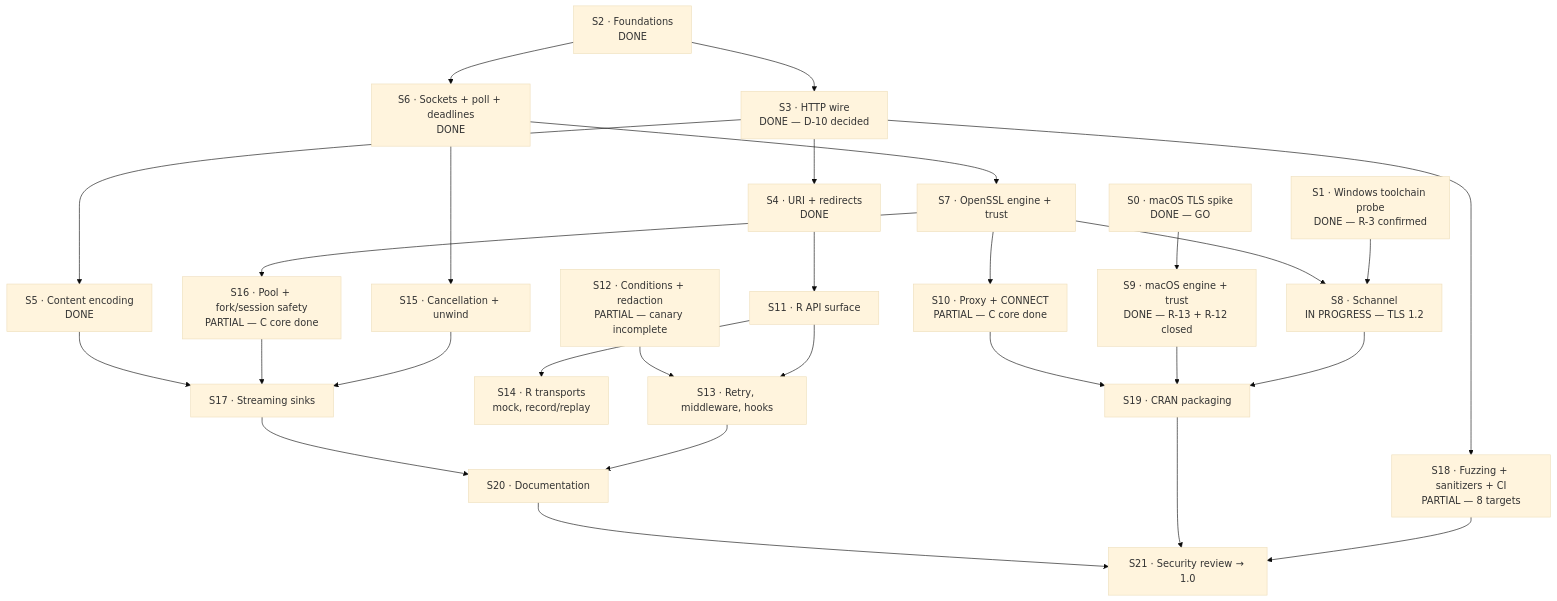
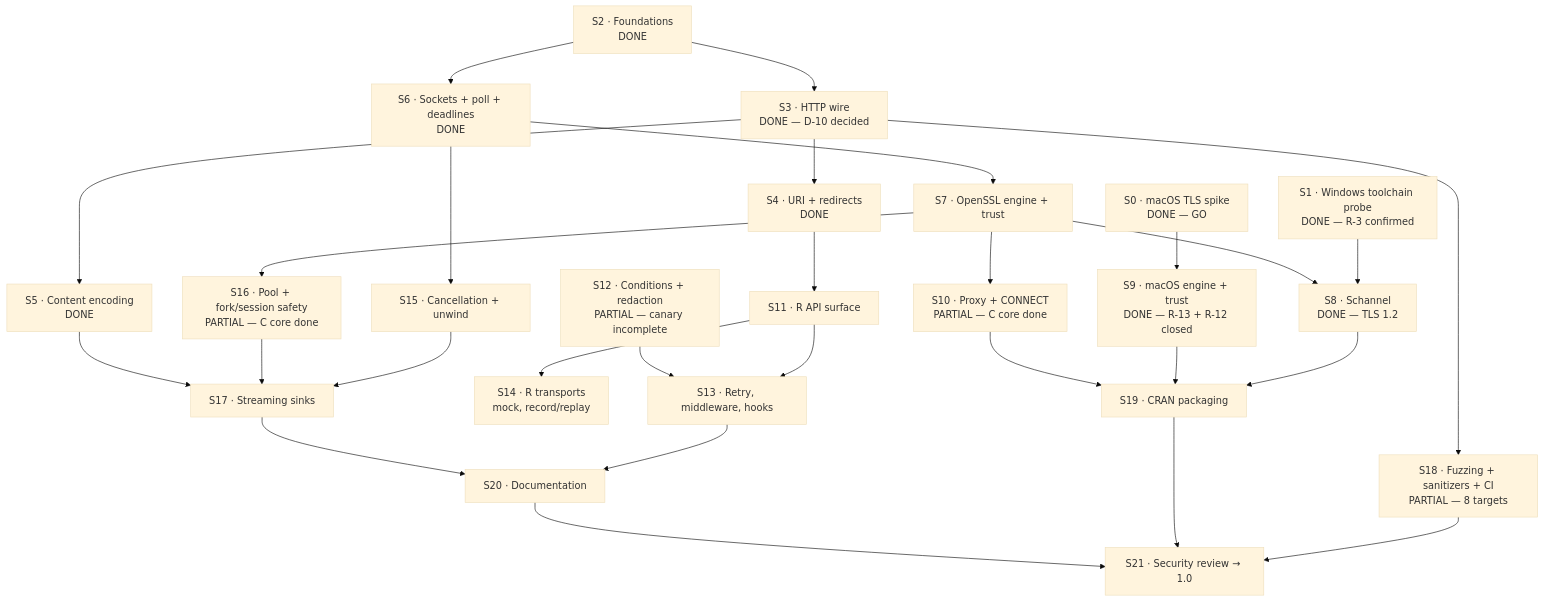
Before and after one commit to pedrobtz/zuhttp: the diagram in roadmap.md, drawn with Mermaid (base theme). The commit also changed other lines of this file and 2 other files, not shown here.

First line of the commit message:
docs: S8 complete — Windows HTTPS on Schannel, TLS 1.2

````diff
--- a/roadmap.md
+++ b/roadmap.md
@@ -28,58 +28,58 @@
 ```mermaid
 graph TD
     S0["S0 · macOS TLS spike<br/>DONE — GO"]
     S1["S1 · Windows toolchain probe<br/>DONE — R-3 confirmed"]
 
     S2["S2 · Foundations<br/>DONE"]
     S3["S3 · HTTP wire<br/>DONE — D-10 decided"]
     S4["S4 · URI + redirects<br/>DONE"]
     S5["S5 · Content encoding<br/>DONE"]
 
     S6["S6 · Sockets + poll + deadlines<br/>DONE"]
     S7["S7 · OpenSSL engine + trust"]
-    S8["S8 · Schannel<br/>IN PROGRESS — TLS 1.2"]
+    S8["S8 · Schannel<br/>DONE — TLS 1.2"]
     S9["S9 · macOS engine + trust<br/>DONE — R-13 + R-12 closed"]
     S10["S10 · Proxy + CONNECT<br/>PARTIAL — C core done"]
 
     S11["S11 · R API surface"]
     S12["S12 · Conditions + redaction<br/>PARTIAL — canary incomplete"]
     S13["S13 · Retry, middleware, hooks"]
     S14["S14 · R transports<br/>mock, record/replay"]
 
     S15["S15 · Cancellation + unwind"]
     S16["S16 · Pool + fork/session safety<br/>PARTIAL — C core done"]
     S17["S17 · Streaming sinks"]
 
     S18["S18 · Fuzzing + sanitizers + CI<br/>PARTIAL — 8 targets"]
     S19["S19 · CRAN packaging"]
     S20["S20 · Documentation"]
     S21["S21 · Security review → 1.0"]
 
     S0 --> S9
     S1 --> S8
     S2 --> S3
     S2 --> S6
     S3 --> S4
     S3 --> S5
     S3 --> S18
     S6 --> S7
     S6 --> S15
     S7 --> S8
     S7 --> S10
     S7 --> S16
     S8 --> S19
     S9 --> S19
     S4 --> S11
     S11 --> S13
     S12 --> S13
     S11 --> S14
     S15 --> S17
     S16 --> S17
     S13 --> S20
     S17 --> S20
     S18 --> S21
     S19 --> S21
     S20 --> S21
     S10 --> S19
     S5 --> S17
 ```
````
